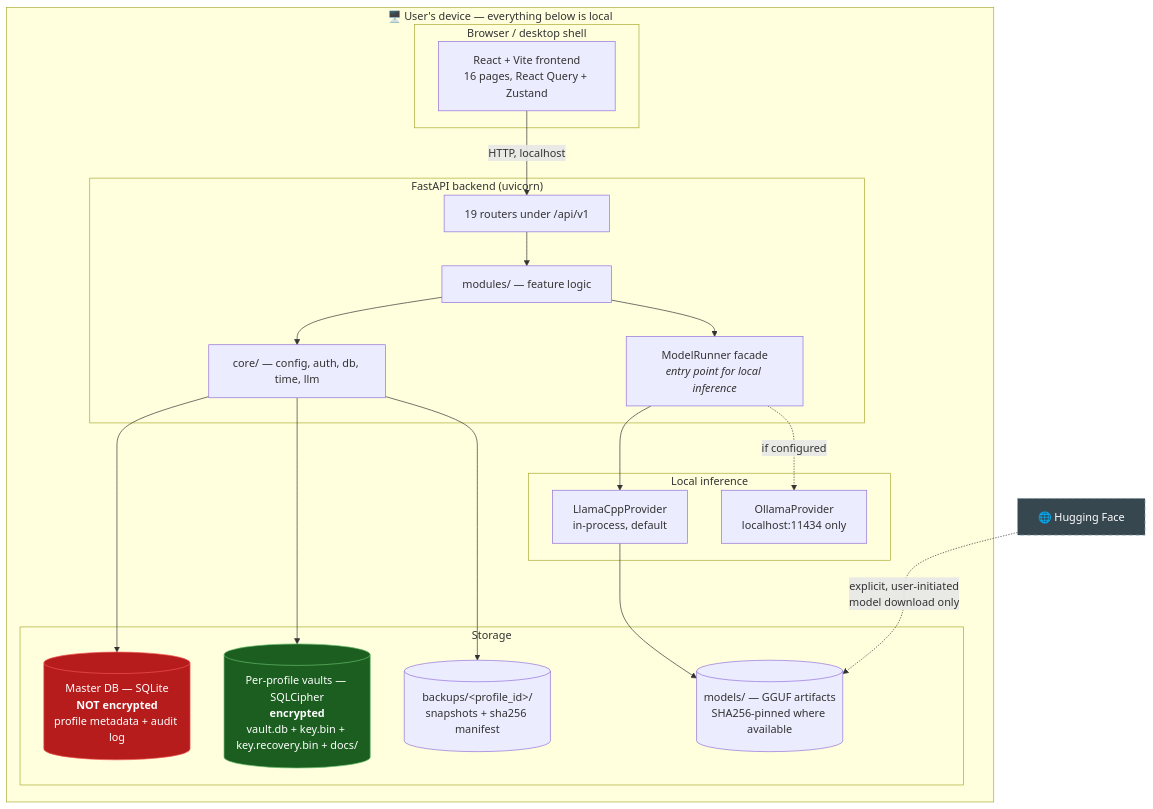
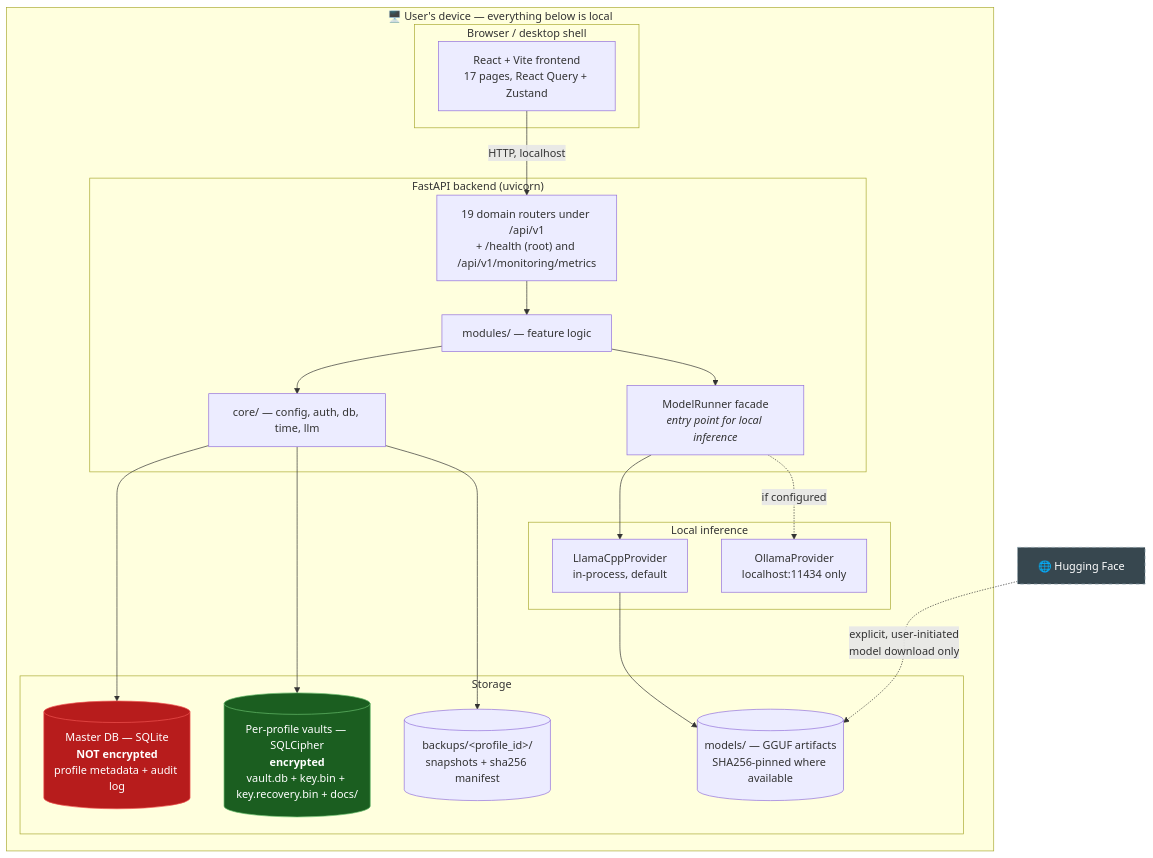
One commit to BrooklynD23/HealthCentral changed the first of 2 diagrams in docs/architecture/README.md. Above: the diagram before and after it, drawn with Mermaid. The commit also changed other lines of this file and 20 other files, not shown here.

````diff
--- a/docs/architecture/README.md
+++ b/docs/architecture/README.md
@@ -40,47 +71,47 @@
 ```mermaid
 graph TB
     subgraph device["🖥️ User's device — everything below is local"]
         subgraph browser["Browser / desktop shell"]
-            UI["React + Vite frontend<br/>16 pages, React Query + Zustand"]
+            UI["React + Vite frontend<br/>17 pages, React Query + Zustand"]
         end
 
         subgraph backend["FastAPI backend (uvicorn)"]
-            API["19 routers under /api/v1"]
+            API["19 domain routers under /api/v1<br/>+ /health (root) and /api/v1/monitoring/metrics"]
             MOD["modules/ — feature logic"]
             CORE["core/ — config, auth, db, time, llm"]
             MR["ModelRunner facade<br/><i>entry point for local inference</i>"]
         end
 
         subgraph storage["Storage"]
             MASTER[("Master DB — SQLite<br/><b>NOT encrypted</b><br/>profile metadata + audit log")]
             VAULT[("Per-profile vaults — SQLCipher<br/><b>encrypted</b><br/>vault.db + key.bin + key.recovery.bin + docs/")]
             BACKUPS[("backups/&lt;profile_id&gt;/<br/>snapshots + sha256 manifest")]
             MODELS[("models/ — GGUF artifacts<br/>SHA256-pinned where available")]
         end
 
         subgraph llm["Local inference"]
             LCPP["LlamaCppProvider<br/>in-process, default"]
             OLLAMA["OllamaProvider<br/>localhost:11434 only"]
         end
     end
 
     HF["🌐 Hugging Face"]
 
     UI -->|"HTTP, localhost"| API
     API --> MOD --> CORE
     MOD --> MR
     MR --> LCPP
     MR -.->|"if configured"| OLLAMA
     LCPP --> MODELS
     CORE --> MASTER
     CORE --> VAULT
     CORE --> BACKUPS
     HF -.->|"explicit, user-initiated<br/>model download only"| MODELS
 
     classDef encrypted fill:#1b5e20,stroke:#66bb6a,color:#fff
     classDef plain fill:#b71c1c,stroke:#ef5350,color:#fff
     classDef external fill:#37474f,stroke:#90a4ae,color:#fff,stroke-dasharray: 5 5
     class VAULT encrypted
     class MASTER plain
     class HF external
 ```
````
